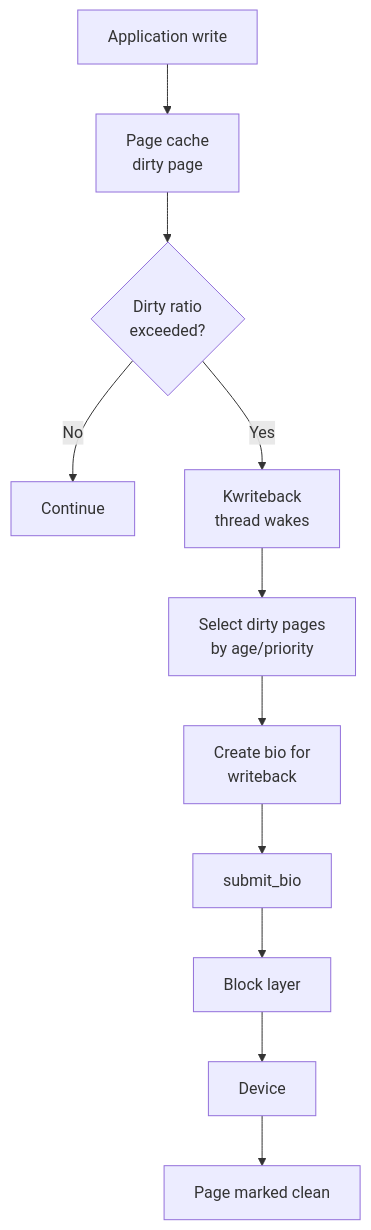
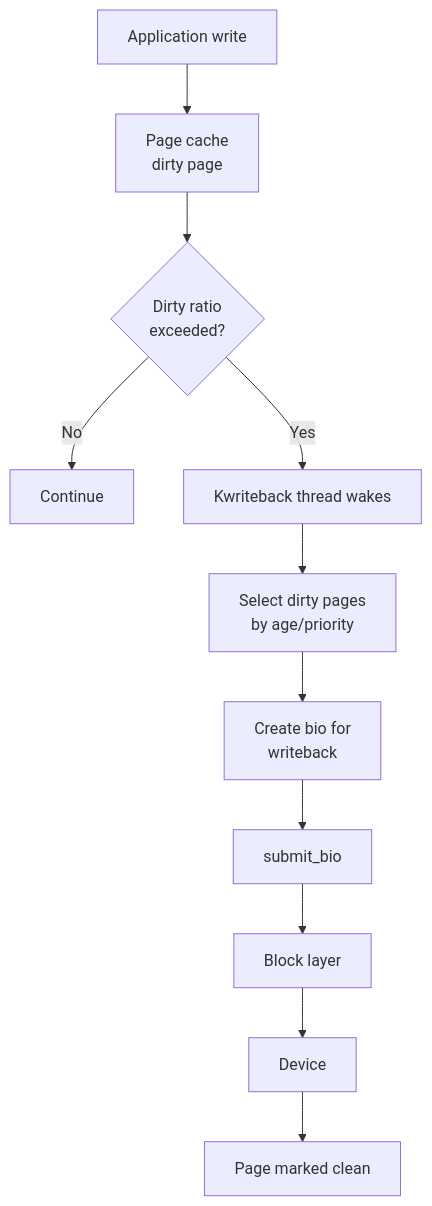
One commit to vanos001/placement_prep changed the seventh of 8 diagrams in src/linux/storage/block-io.md. Above: the diagram before and after it, drawn with Mermaid. The commit also changed 56 other files, not shown here.

````diff
--- a/src/linux/storage/block-io.md
+++ b/src/linux/storage/block-io.md
@@ -525,18 +525,13 @@
 ```mermaid
 graph TD
-    A[Application write] --> B[Page cache
-    dirty page]
-    B --> C{Dirty ratio
-    exceeded?}
+    A[Application write] --> B["Page cache<br/>dirty page"]
+    B --> C{"Dirty ratio<br/>exceeded?"}
     C -- No --> D[Continue]
-    C -- Yes --> E[Kwriteback
-    thread wakes]
-    E --> F[Select dirty pages
-    by age/priority]
-    F --> G[Create bio for
-    writeback]
+    C -- Yes --> E["Kwriteback thread wakes"]
+    E --> F["Select dirty pages<br/>by age/priority"]
+    F --> G["Create bio for<br/>writeback"]
     G --> H[submit_bio]
     H --> I[Block layer]
     I --> J[Device]
     J --> K[Page marked clean]
 ```
````
